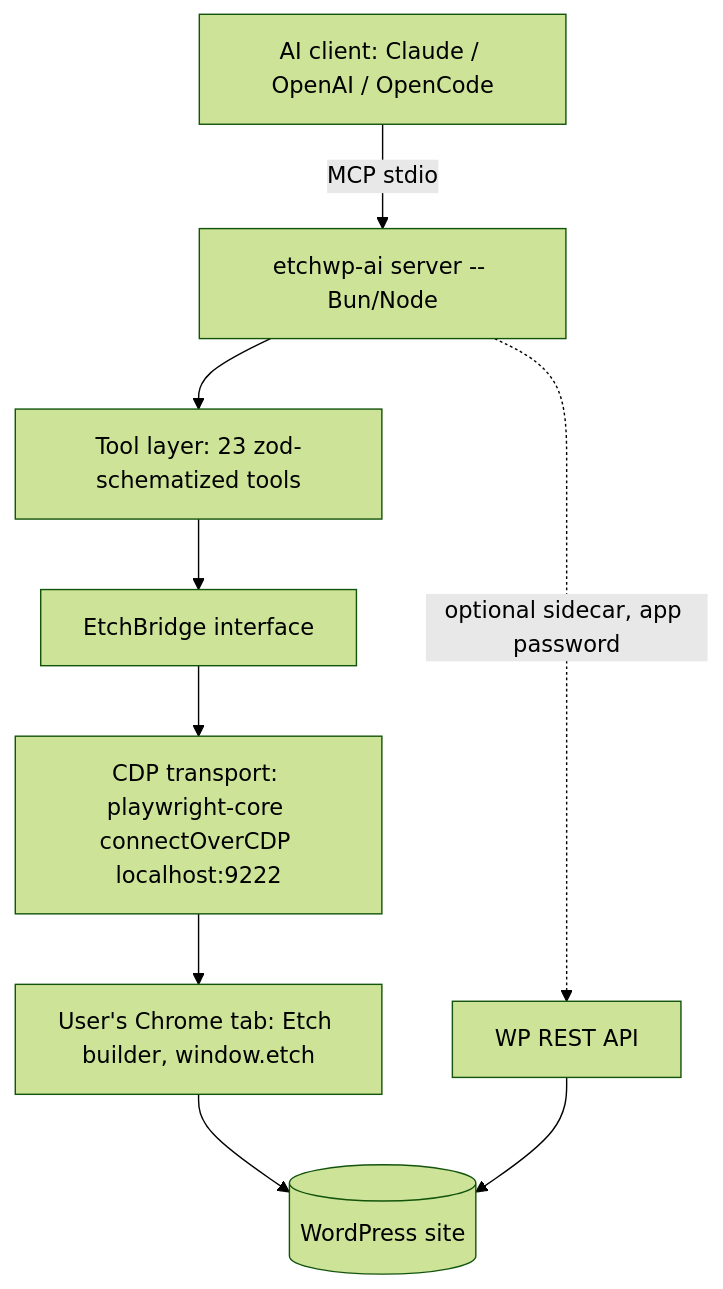
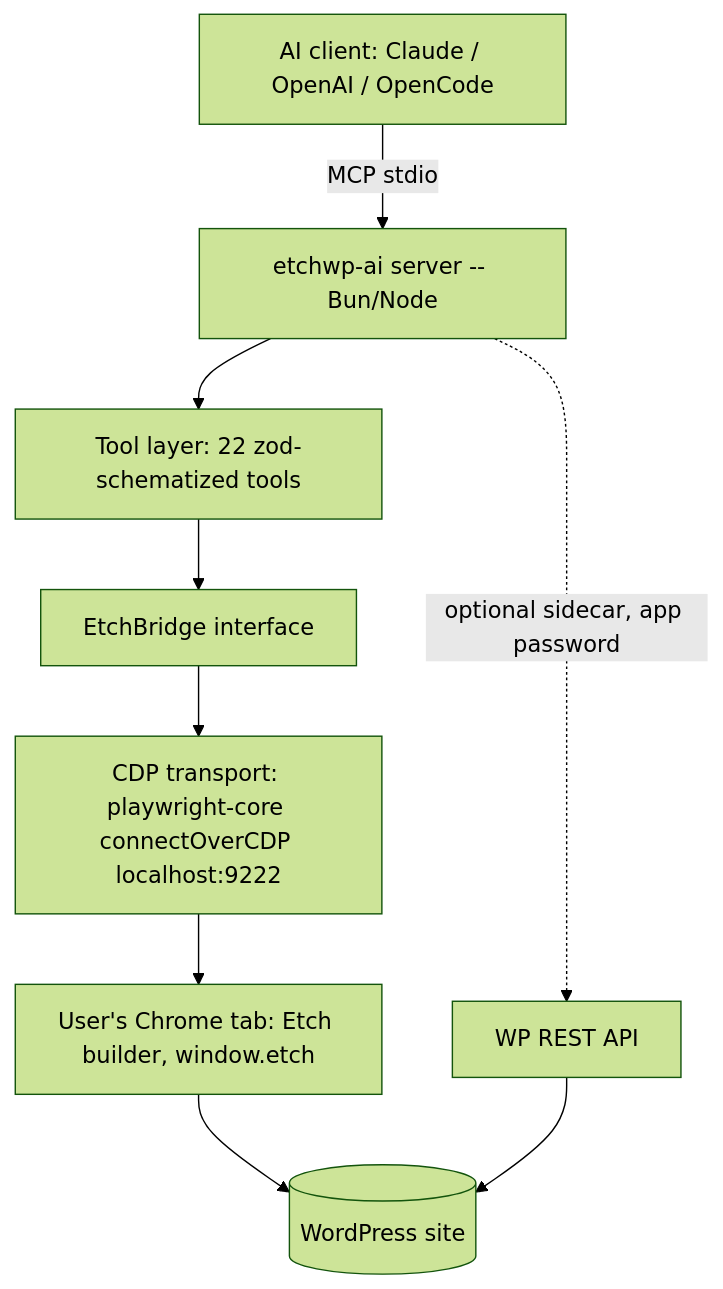
Before and after one commit to flyingwebie/etchwp-ai: the diagram in .do-it/specs/prd.md, drawn with Mermaid (forest theme). The commit also changed other lines of this file and 12 other files, not shown here.

````diff
--- a/.do-it/specs/prd.md
+++ b/.do-it/specs/prd.md
@@ -163,11 +163,11 @@
 ```mermaid
 graph TD
     A[AI client: Claude / OpenAI / OpenCode] -- MCP stdio --> B[etchwp-ai server -- Bun/Node]
-    B --> C[Tool layer: 23 zod-schematized tools]
+    B --> C[Tool layer: 22 zod-schematized tools]
     C --> D[EtchBridge interface]
     D --> E[CDP transport: playwright-core connectOverCDP localhost:9222]
     E --> F[User's Chrome tab: Etch builder, window.etch]
     F --> G[(WordPress site)]
     B -. optional sidecar, app password .-> H[WP REST API]
     H --> G
 ```
````
